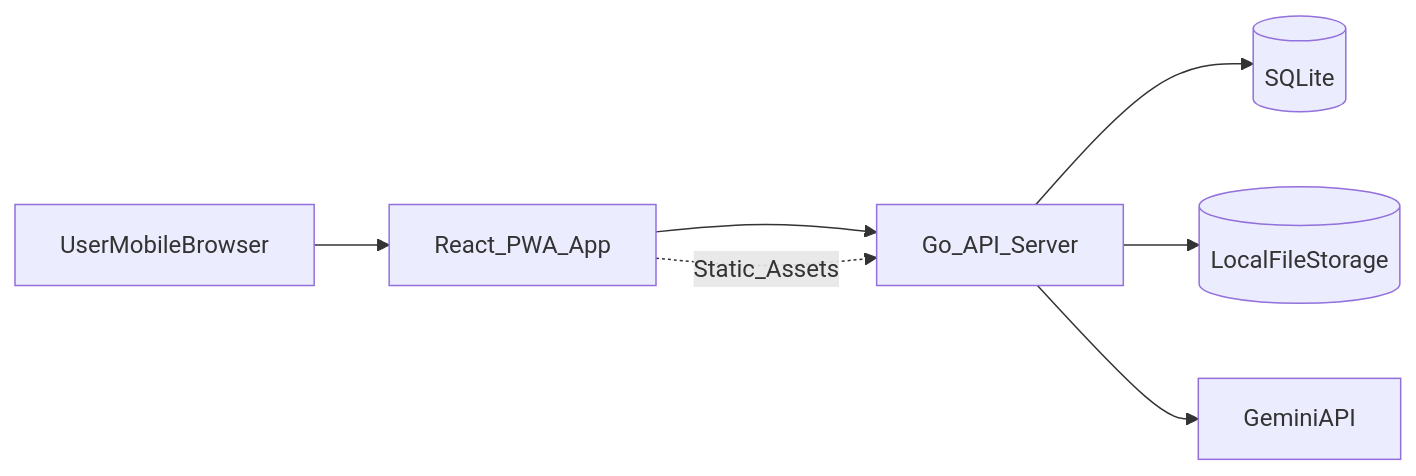
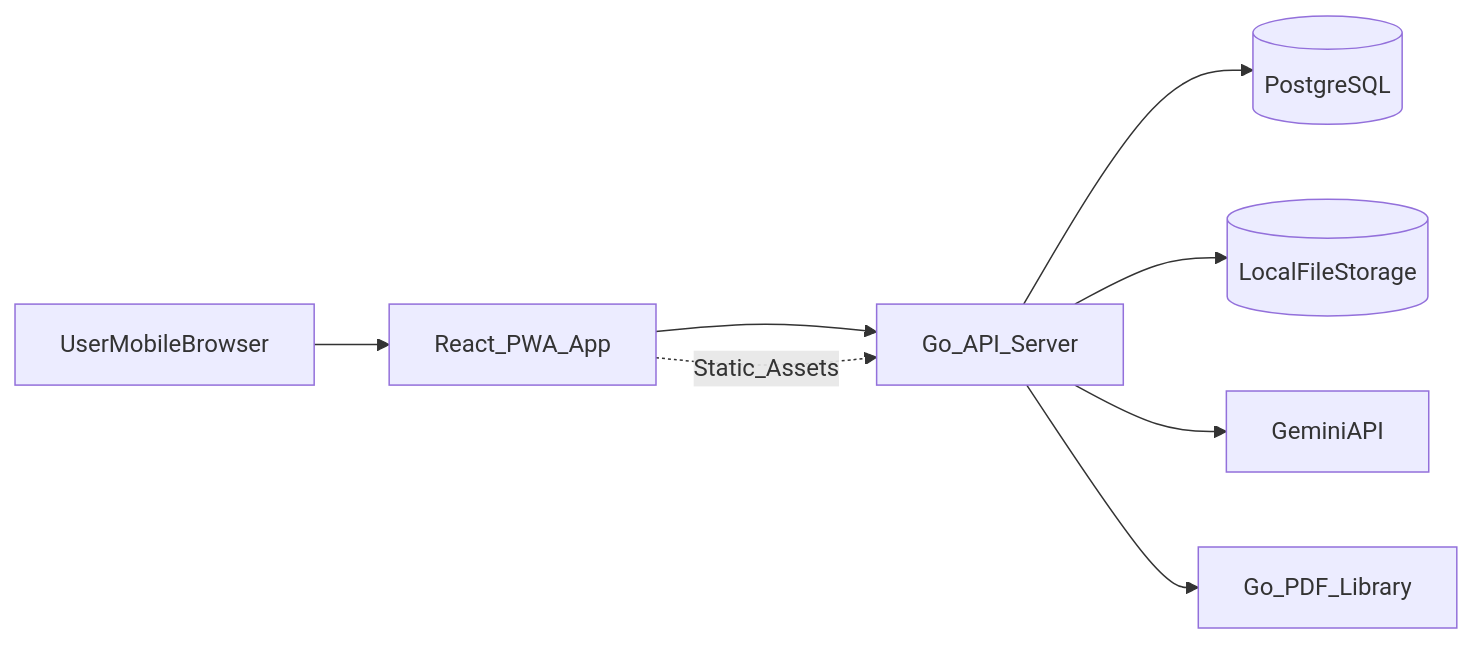
Before and after one commit to ventodeco/annota-gemini-hackathon-3: the first of 5 diagrams in docs/rfc.md, drawn with Mermaid. The commit also changed other lines of this file and 2 other files, not shown here.

Commit message:
docs: update PRD, RFC, and task docs with PDF feature specifications

````diff
--- a/docs/rfc.md
+++ b/docs/rfc.md
@@ -101,10 +136,11 @@
 ```mermaid
 flowchart LR
   User[UserMobileBrowser] --> ReactApp[React_PWA_App]
   ReactApp --> GoAPI[Go_API_Server]
-  GoAPI --> SQLite[(SQLite)]
+  GoAPI --> PostgreSQL[(PostgreSQL)]
   GoAPI --> FileStore[(LocalFileStorage)]
   GoAPI --> Gemini[GeminiAPI]
-  
+  GoAPI --> PDFLib[Go_PDF_Library]
+
   ReactApp -.->|Static_Assets| GoAPI
 ```
````
